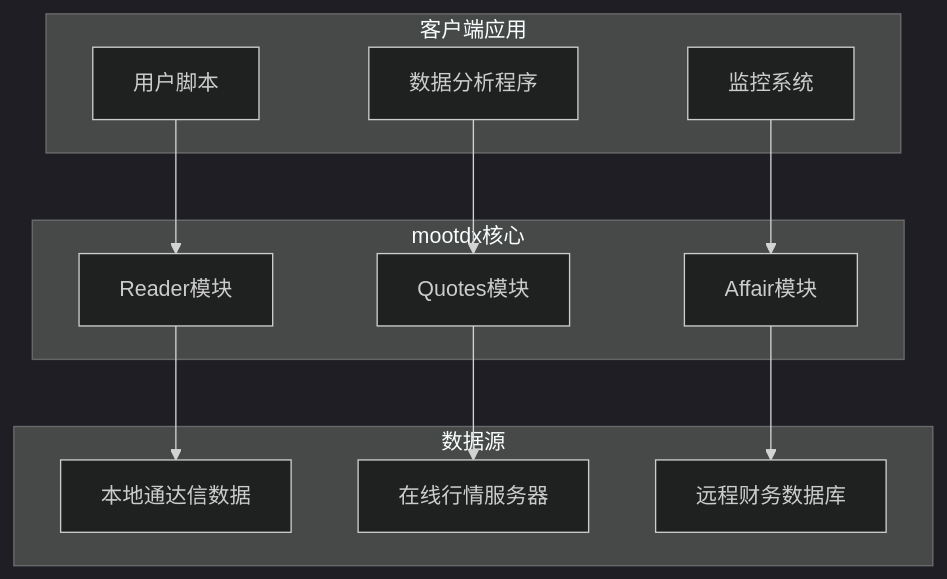
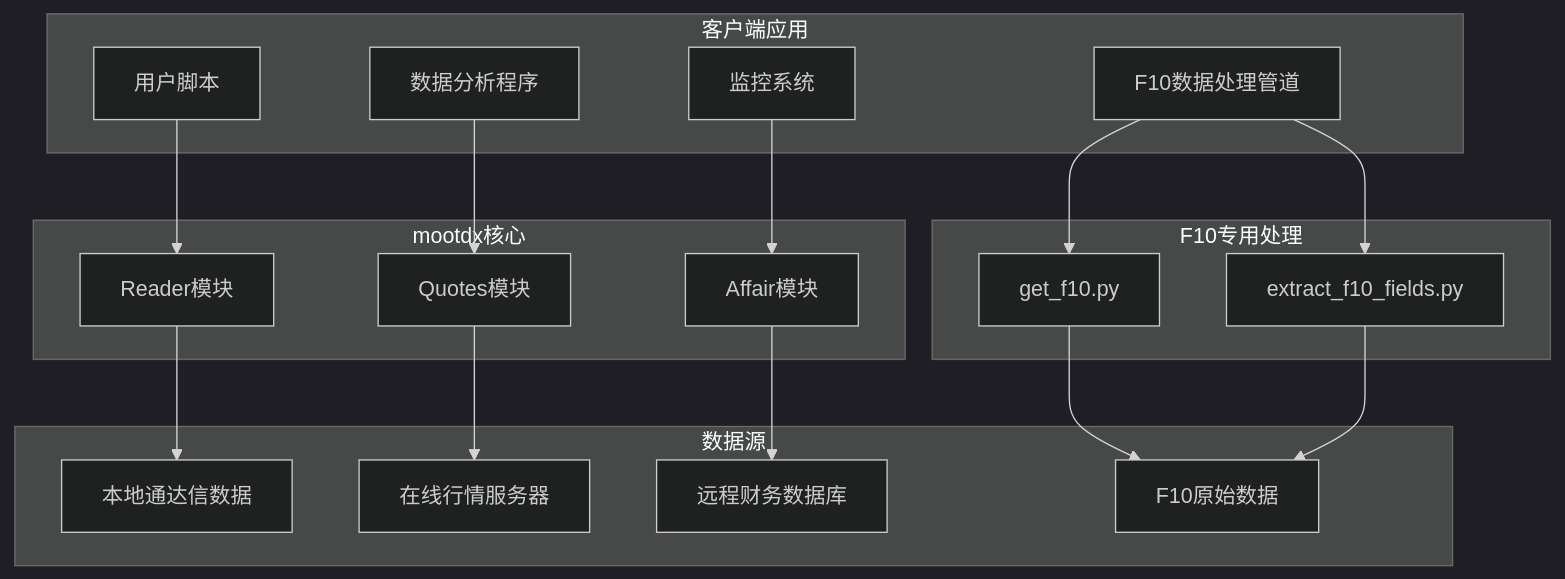
One commit to MORECORIANDERS/SCBE-web changed the second of 13 diagrams in .qoder/repowiki/zh/content/使用示例与最佳实践.md. Above: the diagram before and after it, drawn with Mermaid (dark theme). The commit also changed other lines of this file and 16 other files, not shown here.

````diff
--- a/.qoder/repowiki/zh/content/使用示例与最佳实践.md
+++ b/.qoder/repowiki/zh/content/使用示例与最佳实践.md
@@ -83,24 +111,34 @@
 ```mermaid
 graph TB
 subgraph "客户端应用"
 A[用户脚本]
 B[数据分析程序]
 C[监控系统]
+D[F10数据处理管道]
 end
 subgraph "mootdx核心"
-D[Reader模块]
-E[Quotes模块]
-F[Affair模块]
+E[Reader模块]
+F[Quotes模块]
+G[Affair模块]
+end
+subgraph "F10专用处理"
+H[get_f10.py]
+I[extract_f10_fields.py]
 end
 subgraph "数据源"
-G[本地通达信数据]
-H[在线行情服务器]
-I[远程财务数据库]
+J[本地通达信数据]
+K[在线行情服务器]
+L[远程财务数据库]
+M[F10原始数据]
 end
-A --> D
-B --> E
-C --> F
-D --> G
-E --> H
-F --> I
+A --> E
+B --> F
+C --> G
+D --> H
+D --> I
+E --> J
+F --> K
+G --> L
+H --> M
+I --> M
 ```
````
